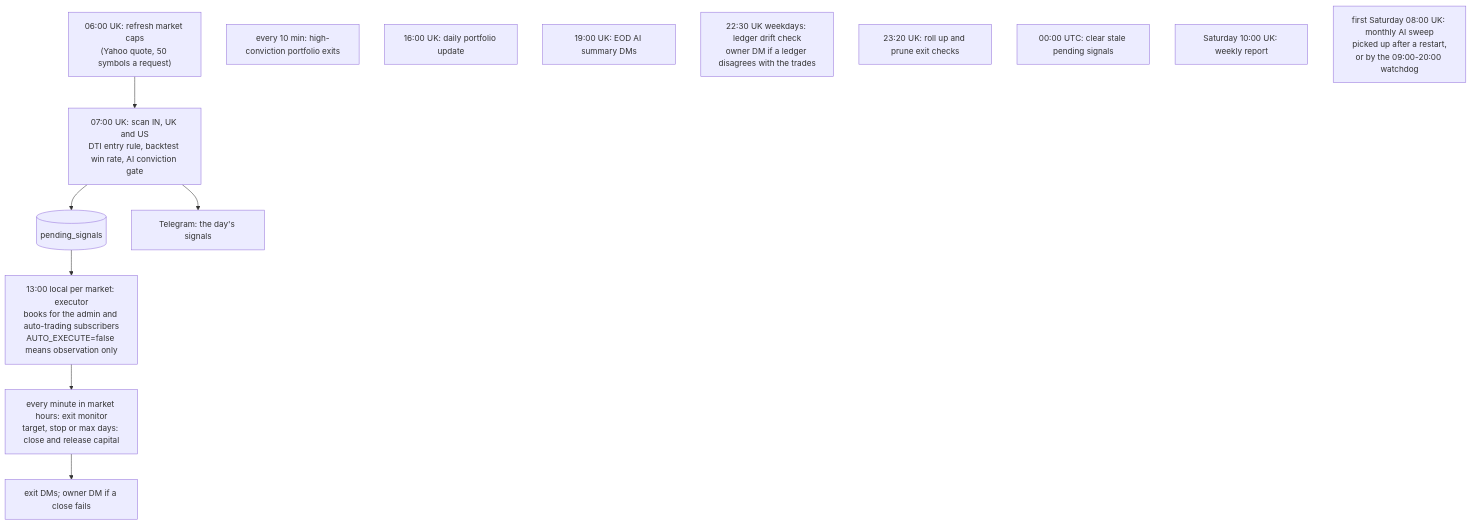
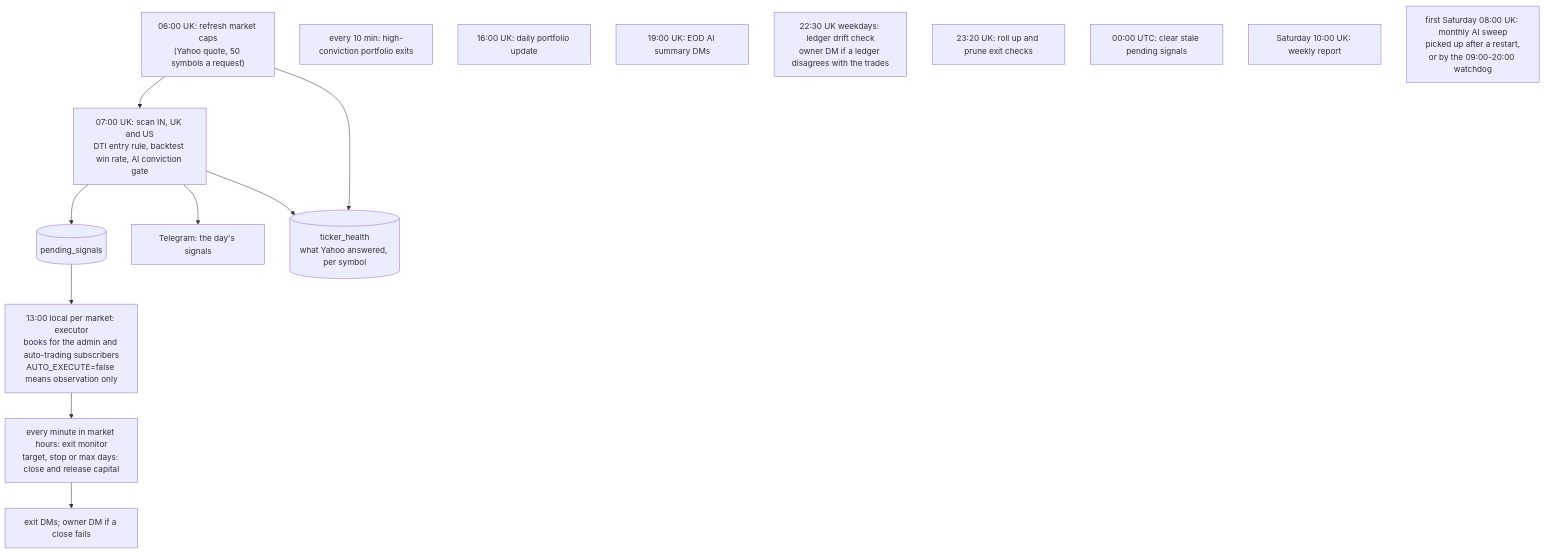
The second of 2 diagrams in README.md (ketanswebsite/signalforge), drawn with Mermaid before and after one commit. The commit also changed other lines of this file and 8 other files, not shown here.

````diff
--- a/README.md
+++ b/README.md
@@ -290,17 +291,19 @@
 ```mermaid
 flowchart TB
   MC["06:00 UK: refresh market caps<br/>(Yahoo quote, 50 symbols a request)"] --> SC
   SC["07:00 UK: scan IN, UK and US<br/>DTI entry rule, backtest win rate, AI conviction gate"] --> PS[("pending_signals")]
   SC --> TB["Telegram: the day's signals"]
+  MC --> TH[("ticker_health<br/>what Yahoo answered, per symbol")]
+  SC --> TH
   PS --> EX["13:00 local per market: executor<br/>books for the admin and auto-trading subscribers<br/>AUTO_EXECUTE=false means observation only"]
   EX --> MON["every minute in market hours: exit monitor<br/>target, stop or max days: close and release capital"]
   MON --> DM["exit DMs; owner DM if a close fails"]
   HC["every 10 min: high-conviction portfolio exits"]
   UP["16:00 UK: daily portfolio update"]
   EOD["19:00 UK: EOD AI summary DMs"]
   LD["22:30 UK weekdays: ledger drift check<br/>owner DM if a ledger disagrees with the trades"]
   RET["23:20 UK: roll up and prune exit checks"]
   CL["00:00 UTC: clear stale pending signals"]
   WK["Saturday 10:00 UK: weekly report"]
   SW["first Saturday 08:00 UK: monthly AI sweep<br/>picked up after a restart,<br/>or by the 09:00-20:00 watchdog"]
 ```
````
